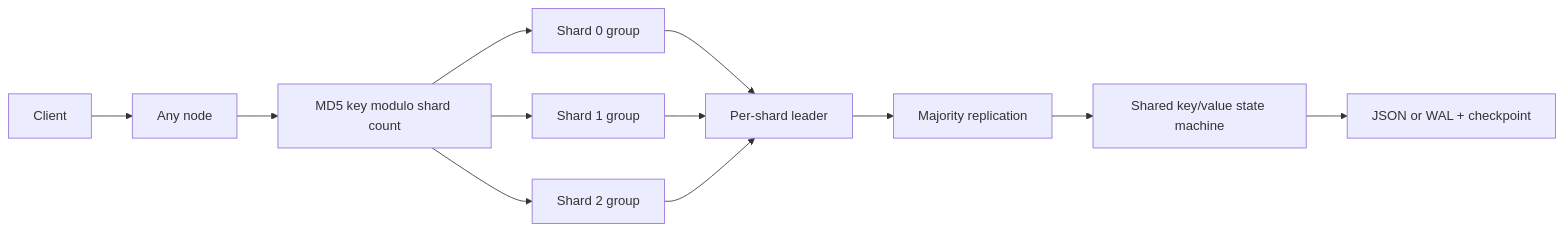
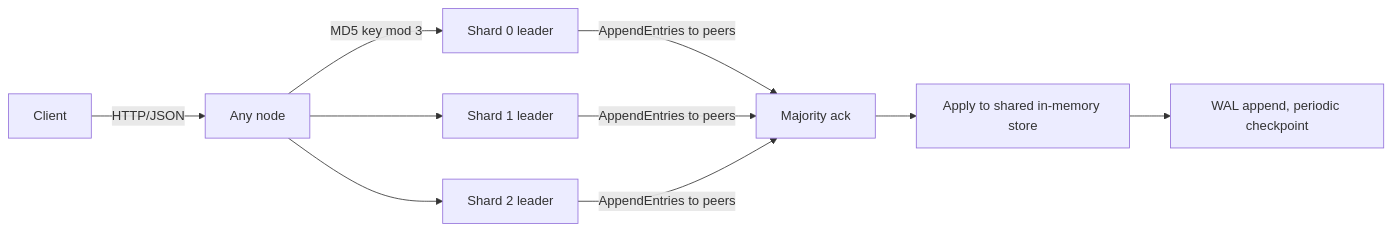
One commit to 96528025/distributed-kv changed the diagram in README.md. Above: the diagram before and after it, drawn with Mermaid. The commit also changed other lines of this file, not shown here.

First line of the commit message:
docs: state benchmark results, fix shard diagram, guard benchmark outdir

````diff
--- a/README.md
+++ b/README.md
@@ -33,14 +77,10 @@
 ```mermaid
 flowchart LR
-    C[Client] --> N[Any node]
-    N --> H[MD5 key modulo shard count]
-    H --> S0[Shard 0 group]
-    H --> S1[Shard 1 group]
-    H --> S2[Shard 2 group]
-    S0 --> L[Per-shard leader]
-    S1 --> L
-    S2 --> L
-    L --> Q[Majority replication]
-    Q --> M[Shared key/value state machine]
-    M --> P[JSON or WAL + checkpoint]
+    C[Client] -->|HTTP/JSON| N[Any node]
+    N -->|MD5 key mod 3| S0[Shard 0 leader]
+    N --> S1[Shard 1 leader]
+    N --> S2[Shard 2 leader]
+    S0 & S1 & S2 -->|AppendEntries to peers| Q[Majority ack]
+    Q --> A[Apply to shared in-memory store]
+    A --> P[WAL append, periodic checkpoint]
 ```
````
